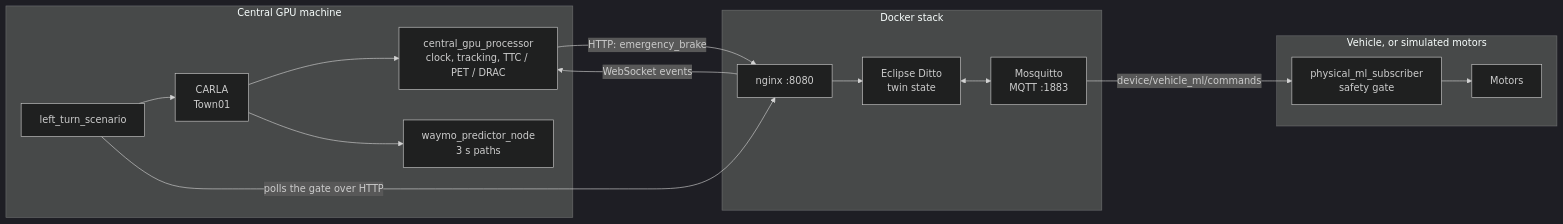
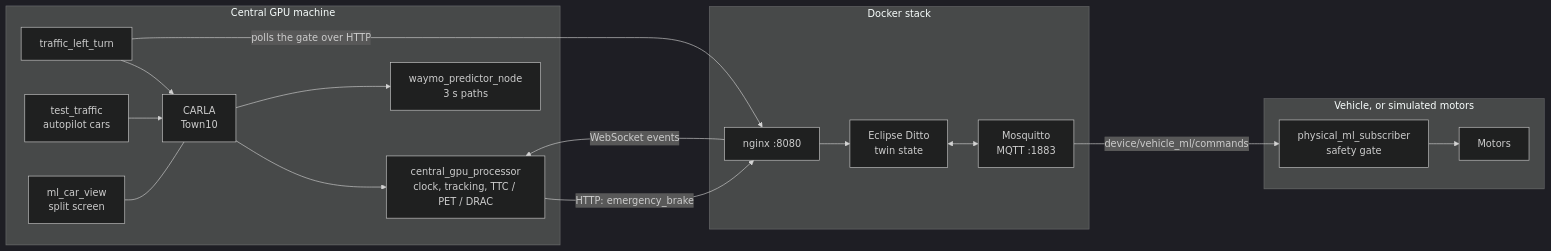
One commit to JaceMonforton/Intersection-Digital-Twin-2027 changed the diagram in README.md. Above: the diagram before and after it, drawn with Mermaid (dark theme). The commit also changed other lines of this file and 28 other files, not shown here.

First line of the commit message:
Add real traffic, signals, model-based braking and an ML car view on Town10

````diff
--- a/README.md
+++ b/README.md
@@ -167,20 +190,22 @@
 ```mermaid
 flowchart LR
     subgraph GPU["Central GPU machine"]
-        C["CARLA<br/>Town01"] --> P["central_gpu_processor<br/>clock, tracking, TTC / PET / DRAC"]
+        C["CARLA<br/>Town10"] --> P["central_gpu_processor<br/>clock, tracking, TTC / PET / DRAC"]
         C --> W["waymo_predictor_node<br/>3 s paths"]
-        S["left_turn_scenario"] --> C
+        S["traffic_left_turn"] --> C
+        T["test_traffic<br/>autopilot cars"] --> C
+        V["ml_car_view<br/>split screen"] --- C
     end
     subgraph Infra["Docker stack"]
         N["nginx :8080"] --> D["Eclipse Ditto<br/>twin state"]
         Q["Mosquitto<br/>MQTT :1883"]
     end
     subgraph Vehicle["Vehicle, or simulated motors"]
         G["physical_ml_subscriber<br/>safety gate"] --> M["Motors"]
     end
     N -->|WebSocket events| P
     P -->|"HTTP: emergency_brake"| N
     D <--> Q
     Q -->|device/vehicle_ml/commands| G
     S -->|polls the gate over HTTP| N
 ```
````
